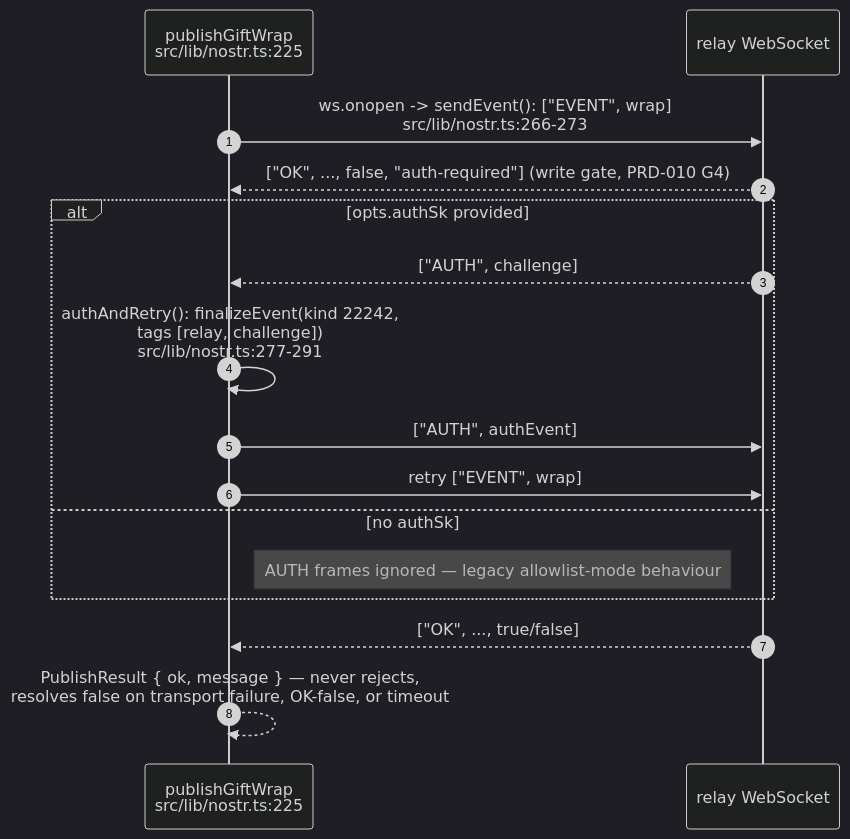
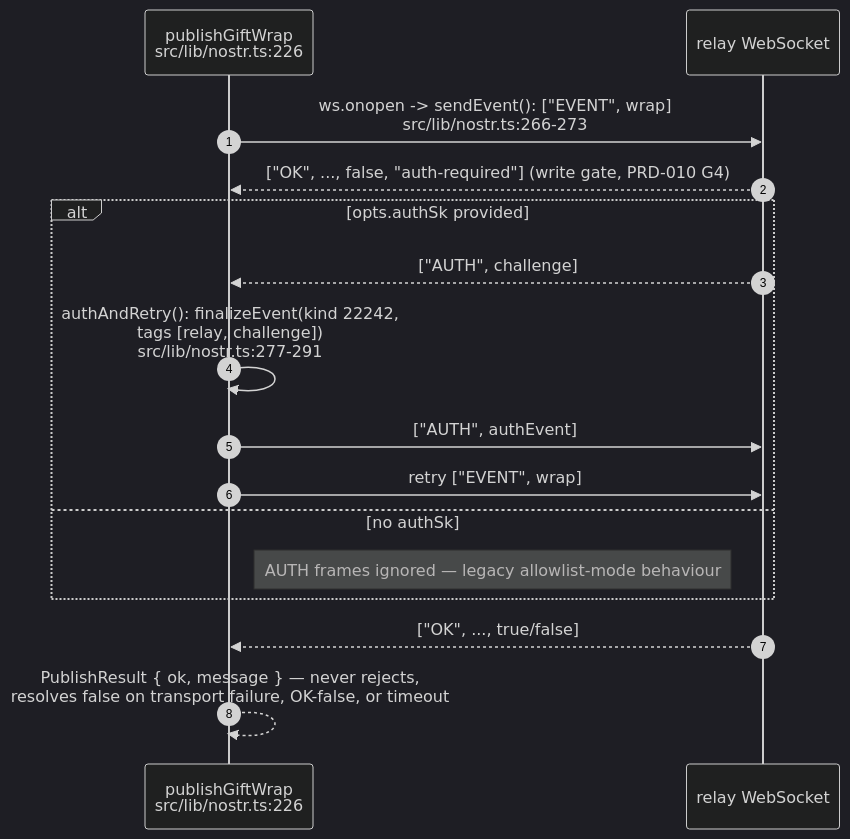
One commit to DreamLab-AI/VisionFlow changed the third of 7 diagrams in docs/diagrams/dreamlab-ai-website/04-identity-zones-and-security-posture.md. Above: the diagram before and after it, drawn with Mermaid (dark theme). The commit also changed 39 other files, not shown here.

````diff
--- a/docs/diagrams/dreamlab-ai-website/04-identity-zones-and-security-posture.md
+++ b/docs/diagrams/dreamlab-ai-website/04-identity-zones-and-security-posture.md
@@ -64,18 +64,18 @@
 ```mermaid
 sequenceDiagram
     autonumber
-    participant C as publishGiftWrap<br/>src/lib/nostr.ts:225
+    participant C as publishGiftWrap<br/>src/lib/nostr.ts:226
     participant WS as relay WebSocket
     C->>WS: ws.onopen -> sendEvent(): ["EVENT", wrap]<br/>src/lib/nostr.ts:266-273
     WS-->>C: ["OK", ..., false, "auth-required"]  (write gate, PRD-010 G4)
     alt opts.authSk provided
         WS-->>C: ["AUTH", challenge]
         C->>C: authAndRetry(): finalizeEvent(kind 22242,<br/>tags [relay, challenge])<br/>src/lib/nostr.ts:277-291
         C->>WS: ["AUTH", authEvent]
         C->>WS: retry ["EVENT", wrap]
     else no authSk
         Note right of C: AUTH frames ignored — legacy allowlist-mode behaviour
     end
     WS-->>C: ["OK", ..., true/false]
     C-->>C: PublishResult { ok, message } — never rejects,<br/>resolves false on transport failure, OK-false, or timeout
 ```
````
